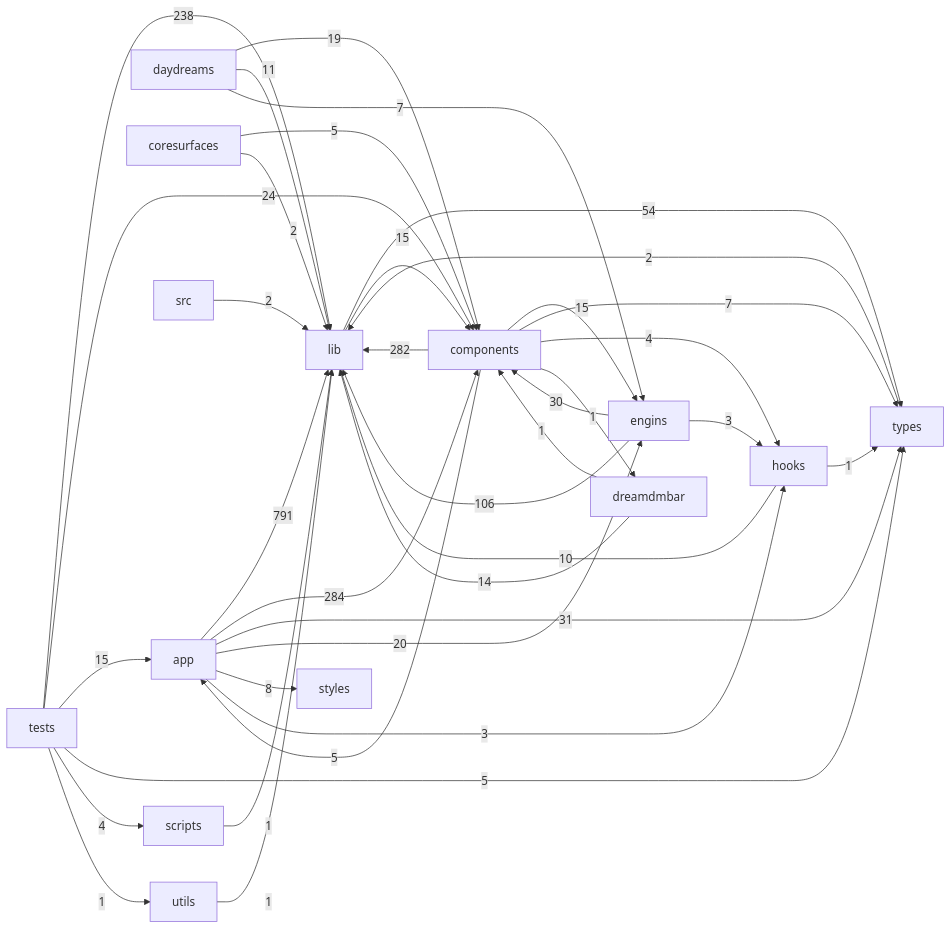
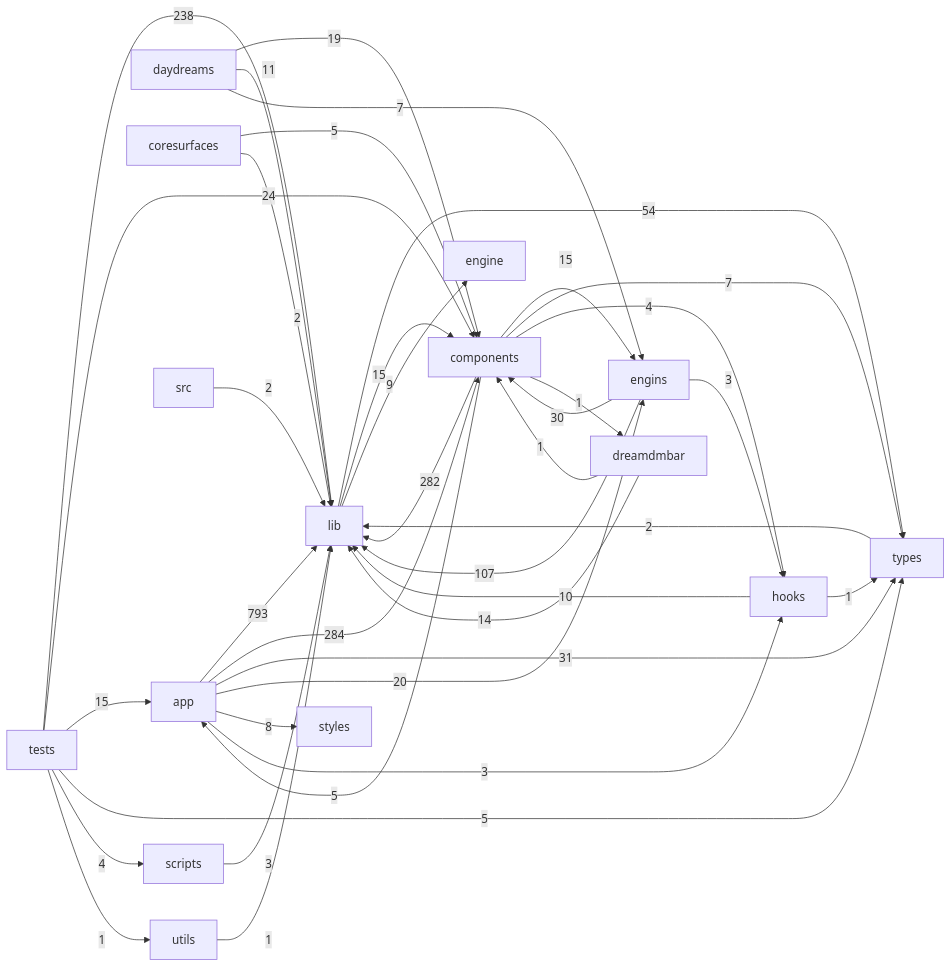
One commit to appthemanger-ctrl/DREAMengin changed the first of 14 diagrams in VISUAL-SCHEMATIC.md. Above: the diagram before and after it, drawn with Mermaid. The commit also changed other lines of this file and 4 other files, not shown here.

First line of the commit message:
feat(visual-schematic): upgrade analyzer to file-level output + fix CI trigger on all branches

````diff
--- a/VISUAL-SCHEMATIC.md
+++ b/VISUAL-SCHEMATIC.md
@@ -17,39 +17,40 @@
 ```mermaid
 graph LR
-  app["app"] -->|791| lib["lib"]
+  app["app"] -->|793| lib["lib"]
   app["app"] -->|284| components["components"]
   components["components"] -->|282| lib["lib"]
   tests["tests"] -->|238| lib["lib"]
-  engins["engins"] -->|106| lib["lib"]
+  engins["engins"] -->|107| lib["lib"]
   lib["lib"] -->|54| types["types"]
   app["app"] -->|31| types["types"]
   engins["engins"] -->|30| components["components"]
   tests["tests"] -->|24| components["components"]
   app["app"] -->|20| engins["engins"]
   daydreams["daydreams"] -->|19| components["components"]
   components["components"] -->|15| engins["engins"]
   lib["lib"] -->|15| components["components"]
   tests["tests"] -->|15| app["app"]
   dreamdmbar["dreamdmbar"] -->|14| lib["lib"]
   daydreams["daydreams"] -->|11| lib["lib"]
   hooks["hooks"] -->|10| lib["lib"]
+  lib["lib"] -->|9| engine["engine"]
   app["app"] -->|8| styles["styles"]
   components["components"] -->|7| types["types"]
   daydreams["daydreams"] -->|7| engins["engins"]
   components["components"] -->|5| app["app"]
   coresurfaces["coresurfaces"] -->|5| components["components"]
   tests["tests"] -->|5| types["types"]
   components["components"] -->|4| hooks["hooks"]
   tests["tests"] -->|4| scripts["scripts"]
   app["app"] -->|3| hooks["hooks"]
   engins["engins"] -->|3| hooks["hooks"]
+  scripts["scripts"] -->|3| lib["lib"]
   coresurfaces["coresurfaces"] -->|2| lib["lib"]
   src["src"] -->|2| lib["lib"]
   types["types"] -->|2| lib["lib"]
   components["components"] -->|1| dreamdmbar["dreamdmbar"]
   dreamdmbar["dreamdmbar"] -->|1| components["components"]
   hooks["hooks"] -->|1| types["types"]
-  scripts["scripts"] -->|1| lib["lib"]
   tests["tests"] -->|1| utils["utils"]
   utils["utils"] -->|1| lib["lib"]
 ```
````
